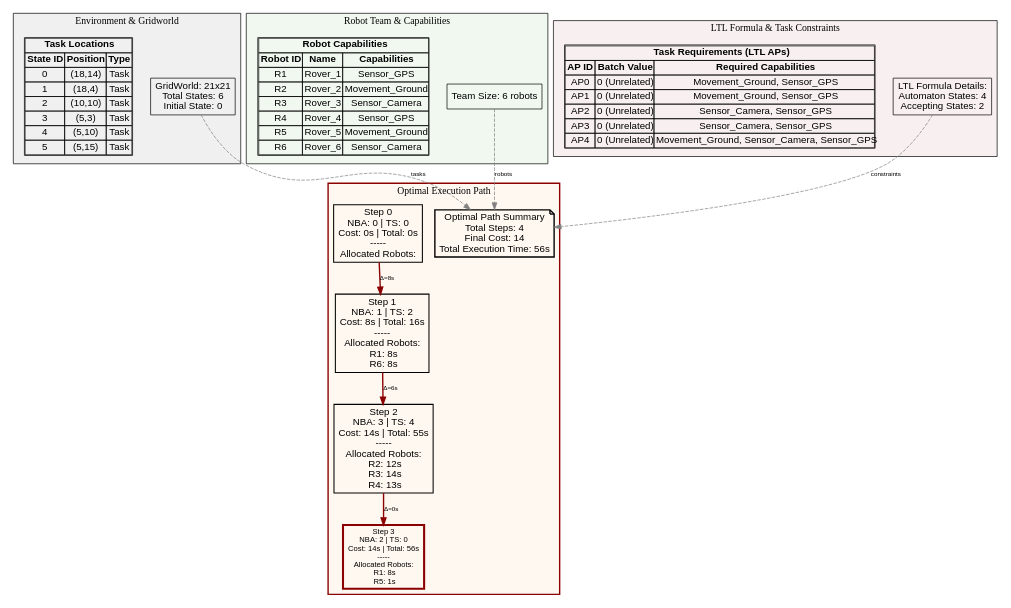
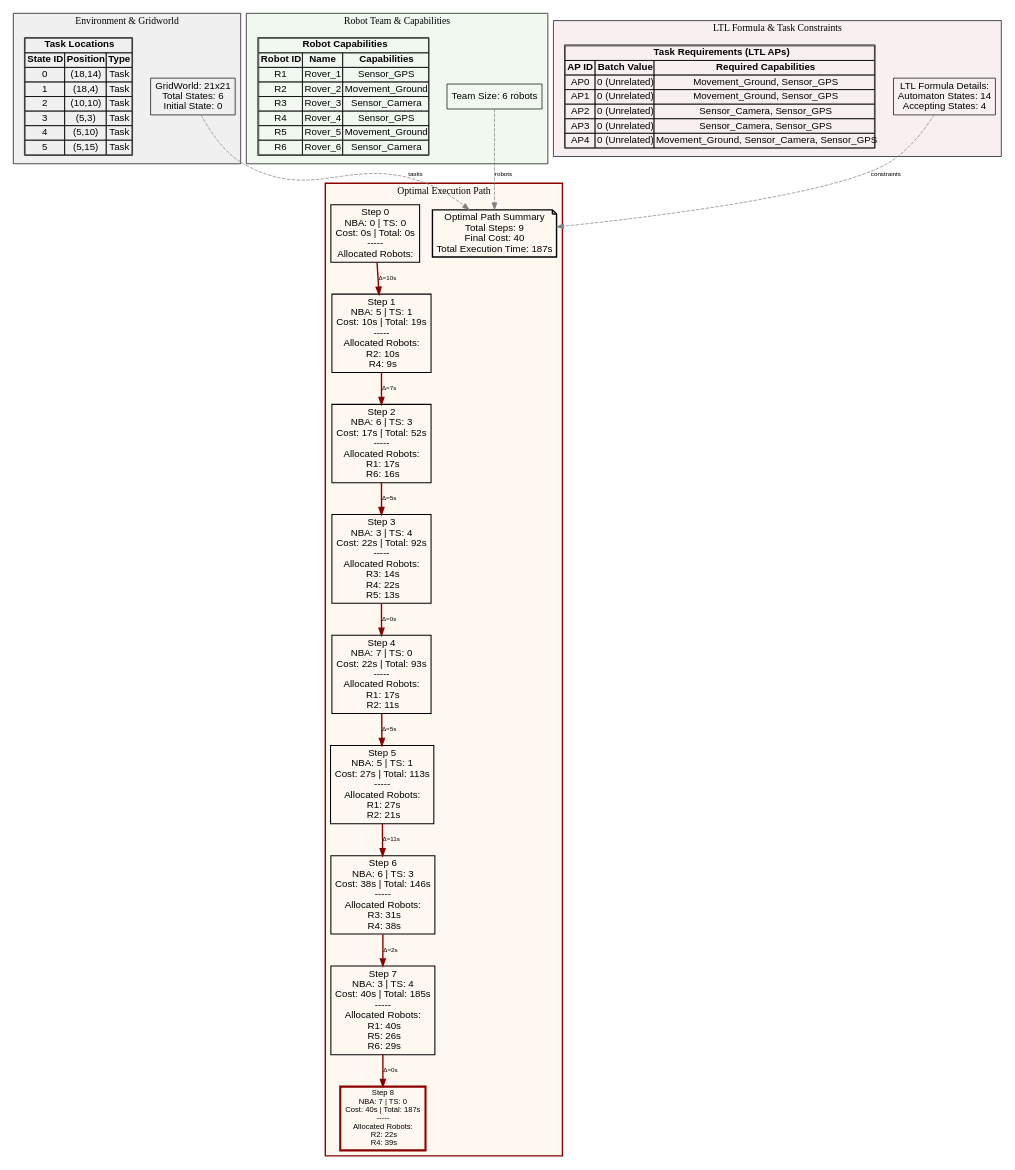
Before and after one commit to jrourke48/HMRTA_TS_GENERATION: the diagram in Task Batch Planning Decision Tree/output/infinite_test_2_path.dot, drawn with Graphviz. The commit also changed 39 other files, not shown here.

```diff
--- a/Task Batch Planning Decision Tree/output/infinite_test_2_path.dot
+++ b/Task Batch Planning Decision Tree/output/infinite_test_2_path.dot
@@ -1,96 +1,106 @@
 digraph ComprehensiveOptimalPath {
   rankdir=TB;
   concentrate=true;
   node [fontname=Arial];
   edge [fontname=Arial, fontsize=9];
 
   subgraph cluster_environment {
     label="Environment & Gridworld";
     style=filled;
     fillcolor="#F0F0F0";
     color=black;
 
     env_info [shape=box, label="GridWorld: 21x21\nTotal States: 6\nInitial State: 0\n", fillcolor="#E8F4F8"];
 
     env_tasks [shape=plaintext, label=<
       <TABLE BORDER="1" CELLBORDER="1" CELLSPACING="0">
         <TR><TD COLSPAN="3"><B>Task Locations</B></TD></TR>
         <TR><TD><B>State ID</B></TD><TD><B>Position</B></TD><TD><B>Type</B></TD></TR>
         <TR><TD>0</TD><TD>(18,14)</TD><TD>Task</TD></TR>
         <TR><TD>1</TD><TD>(18,4)</TD><TD>Task</TD></TR>
         <TR><TD>2</TD><TD>(10,10)</TD><TD>Task</TD></TR>
         <TR><TD>3</TD><TD>(5,3)</TD><TD>Task</TD></TR>
         <TR><TD>4</TD><TD>(5,10)</TD><TD>Task</TD></TR>
         <TR><TD>5</TD><TD>(5,15)</TD><TD>Task</TD></TR>
       </TABLE>
     >];
   }
 
   subgraph cluster_robots {
     label="Robot Team & Capabilities";
     style=filled;
     fillcolor="#F0F8F0";
     color=black;
 
     team_info [shape=box, label="Team Size: 6 robots\n", fillcolor="#E8F8E8"];
 
     robot_caps [shape=plaintext, label=<
       <TABLE BORDER="1" CELLBORDER="1" CELLSPACING="0">
         <TR><TD COLSPAN="3"><B>Robot Capabilities</B></TD></TR>
         <TR><TD><B>Robot ID</B></TD><TD><B>Name</B></TD><TD><B>Capabilities</B></TD></TR>
         <TR><TD>R1</TD><TD>Rover_1</TD><TD>Sensor_GPS</TD></TR>
         <TR><TD>R2</TD><TD>Rover_2</TD><TD>Movement_Ground</TD></TR>
         <TR><TD>R3</TD><TD>Rover_3</TD><TD>Sensor_Camera</TD></TR>
         <TR><TD>R4</TD><TD>Rover_4</TD><TD>Sensor_GPS</TD></TR>
         <TR><TD>R5</TD><TD>Rover_5</TD><TD>Movement_Ground</TD></TR>
         <TR><TD>R6</TD><TD>Rover_6</TD><TD>Sensor_Camera</TD></TR>
       </TABLE>
     >];
   }
 
   subgraph cluster_ltl {
     label="LTL Formula & Task Constraints";
     style=filled;
     fillcolor="#F8F0F0";
     color=black;
 
-    ltl_info [shape=box, label="LTL Formula Details:\nAutomaton States: 4\nAccepting States: 2\n", fillcolor="#F8E8E8"];
+    ltl_info [shape=box, label="LTL Formula Details:\nAutomaton States: 14\nAccepting States: 4\n", fillcolor="#F8E8E8"];
 
     ltl_tasks [shape=plaintext, label=<
       <TABLE BORDER="1" CELLBORDER="1" CELLSPACING="0">
         <TR><TD COLSPAN="3"><B>Task Requirements (LTL APs)</B></TD></TR>
         <TR><TD><B>AP ID</B></TD><TD><B>Batch Value</B></TD><TD><B>Required Capabilities</B></TD></TR>
         <TR><TD>AP0</TD><TD>0 (Unrelated)</TD><TD>Movement_Ground, Sensor_GPS</TD></TR>
         <TR><TD>AP1</TD><TD>0 (Unrelated)</TD><TD>Movement_Ground, Sensor_GPS</TD></TR>
         <TR><TD>AP2</TD><TD>0 (Unrelated)</TD><TD>Sensor_Camera, Sensor_GPS</TD></TR>
         <TR><TD>AP3</TD><TD>0 (Unrelated)</TD><TD>Sensor_Camera, Sensor_GPS</TD></TR>
         <TR><TD>AP4</TD><TD>0 (Unrelated)</TD><TD>Movement_Ground, Sensor_Camera, Sensor_GPS</TD></TR>
       </TABLE>
     >];
   }
 
   subgraph cluster_path {
     label="Optimal Execution Path";
     style=filled;
     fillcolor="#FFF8F0";
     color=darkred;
     penwidth=2;
 
-    path_summary [shape=note, label="Optimal Path Summary\nTotal Steps: 4\nFinal Cost: 14\nTotal Execution Time: 56s\n", fillcolor="#FFFFCC", penwidth=2];
+    path_summary [shape=note, label="Optimal Path Summary\nTotal Steps: 9\nFinal Cost: 40\nTotal Execution Time: 187s\n", fillcolor="#FFFFCC", penwidth=2];
 
     opt_0 [shape=box, label="Step 0\nNBA: 0 | TS: 0\nCost: 0s | Total: 0s\n-----\nAllocated Robots:\n", fillcolor="#B3E5FC", penwidth=1.5];
-    opt_1 [shape=box, label="Step 1\nNBA: 1 | TS: 2\nCost: 8s | Total: 16s\n-----\nAllocated Robots:\n  R1: 8s\n  R6: 8s\n", fillcolor="#B3E5FC", penwidth=1.5];
-    opt_2 [shape=box, label="Step 2\nNBA: 3 | TS: 4\nCost: 14s | Total: 55s\n-----\nAllocated Robots:\n  R2: 12s\n  R3: 14s\n  R4: 13s\n", fillcolor="#B3E5FC", penwidth=1.5];
-    opt_3 [shape=box, label="Step 3\nNBA: 2 | TS: 0\nCost: 14s | Total: 56s\n-----\nAllocated Robots:\n  R1: 8s\n  R5: 1s\n", fillcolor="#FF6B6B", penwidth=3, color=darkred, fontweight=bold, fontsize=11];
+    opt_1 [shape=box, label="Step 1\nNBA: 5 | TS: 1\nCost: 10s | Total: 19s\n-----\nAllocated Robots:\n  R2: 10s\n  R4: 9s\n", fillcolor="#B3E5FC", penwidth=1.5];
+    opt_2 [shape=box, label="Step 2\nNBA: 6 | TS: 3\nCost: 17s | Total: 52s\n-----\nAllocated Robots:\n  R1: 17s\n  R6: 16s\n", fillcolor="#B3E5FC", penwidth=1.5];
+    opt_3 [shape=box, label="Step 3\nNBA: 3 | TS: 4\nCost: 22s | Total: 92s\n-----\nAllocated Robots:\n  R3: 14s\n  R4: 22s\n  R5: 13s\n", fillcolor="#B3E5FC", penwidth=1.5];
+    opt_4 [shape=box, label="Step 4\nNBA: 7 | TS: 0\nCost: 22s | Total: 93s\n-----\nAllocated Robots:\n  R1: 17s\n  R2: 11s\n", fillcolor="#B3E5FC", penwidth=1.5];
+    opt_5 [shape=box, label="Step 5\nNBA: 5 | TS: 1\nCost: 27s | Total: 113s\n-----\nAllocated Robots:\n  R1: 27s\n  R2: 21s\n", fillcolor="#B3E5FC", penwidth=1.5];
+    opt_6 [shape=box, label="Step 6\nNBA: 6 | TS: 3\nCost: 38s | Total: 146s\n-----\nAllocated Robots:\n  R3: 31s\n  R4: 38s\n", fillcolor="#B3E5FC", penwidth=1.5];
+    opt_7 [shape=box, label="Step 7\nNBA: 3 | TS: 4\nCost: 40s | Total: 185s\n-----\nAllocated Robots:\n  R1: 40s\n  R5: 26s\n  R6: 29s\n", fillcolor="#B3E5FC", penwidth=1.5];
+    opt_8 [shape=box, label="Step 8\nNBA: 7 | TS: 0\nCost: 40s | Total: 187s\n-----\nAllocated Robots:\n  R2: 22s\n  R4: 39s\n", fillcolor="#FF6B6B", penwidth=3, color=darkred, fontweight=bold, fontsize=11];
 
-    opt_0 -> opt_1 [label="Δ=8s", penwidth=2, color=darkred];
-    opt_1 -> opt_2 [label="Δ=6s", penwidth=2, color=darkred];
-    opt_2 -> opt_3 [label="Δ=0s", penwidth=2, color=darkred];
+    opt_0 -> opt_1 [label="Δ=10s", penwidth=2, color=darkred];
+    opt_1 -> opt_2 [label="Δ=7s", penwidth=2, color=darkred];
+    opt_2 -> opt_3 [label="Δ=5s", penwidth=2, color=darkred];
+    opt_3 -> opt_4 [label="Δ=0s", penwidth=2, color=darkred];
+    opt_4 -> opt_5 [label="Δ=5s", penwidth=2, color=darkred];
+    opt_5 -> opt_6 [label="Δ=11s", penwidth=2, color=darkred];
+    opt_6 -> opt_7 [label="Δ=2s", penwidth=2, color=darkred];
+    opt_7 -> opt_8 [label="Δ=0s", penwidth=2, color=darkred];
   }
 
   // Connections between clusters
   env_info -> path_summary [style=dashed, color=gray, label="tasks"];
   team_info -> path_summary [style=dashed, color=gray, label="robots"];
   ltl_info -> path_summary [style=dashed, color=gray, label="constraints"];
 
 }
```
